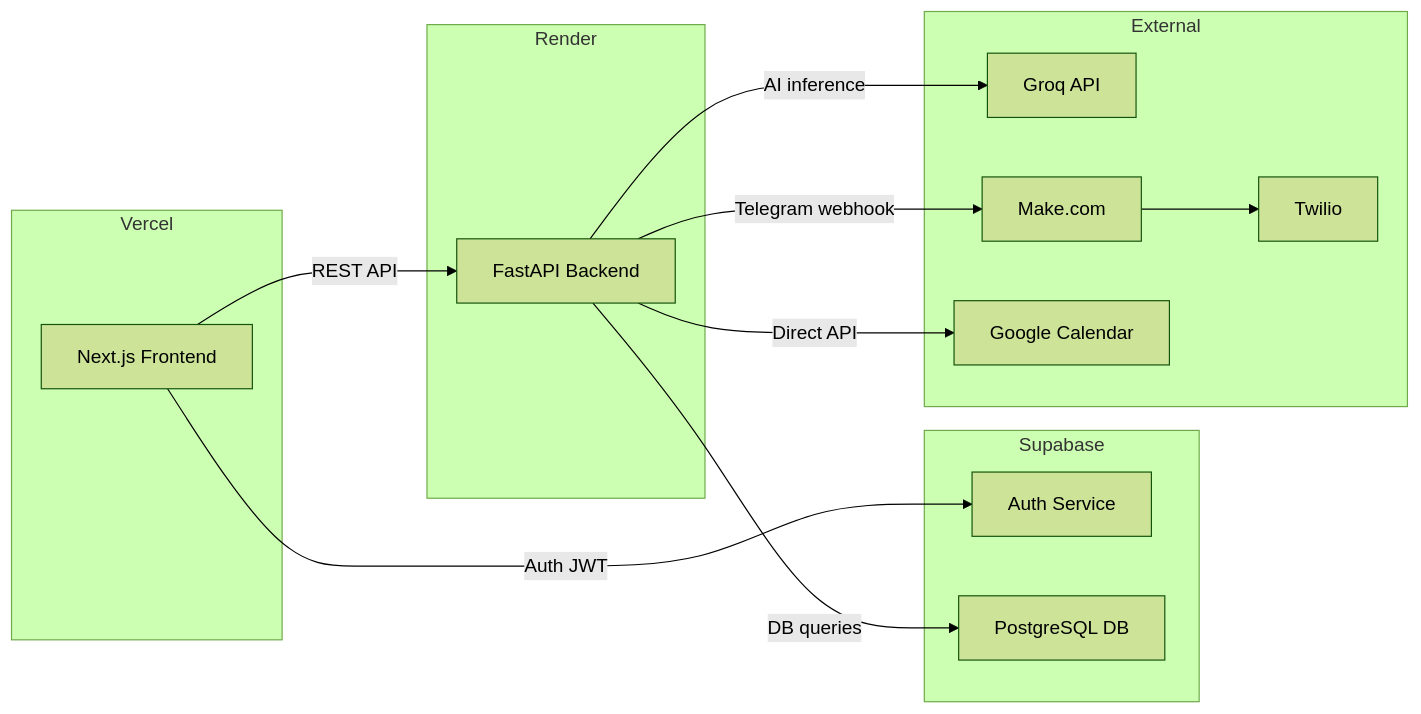
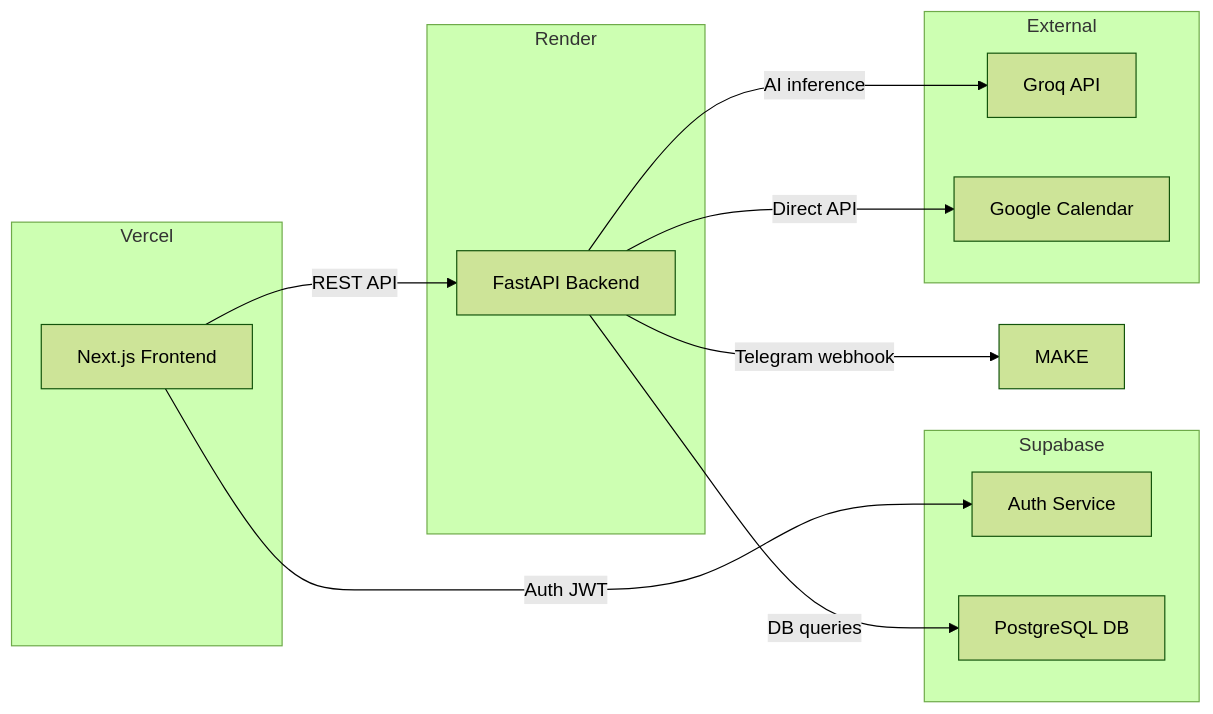
Before and after one commit to AdharshJolly/Academix: the second of 9 diagrams in docs/ARCHITECTURE.md, drawn with Mermaid (forest theme). The commit also changed other lines of this file and 18 other files, not shown here.

Commit message:
feat: update environment configuration, refactor automation callbacks, and enhance attendance API tests; replace Make.com references with Telegram support

````diff
--- a/docs/ARCHITECTURE.md
+++ b/docs/ARCHITECTURE.md
@@ -57,30 +57,30 @@
 ```mermaid
 graph LR
     subgraph Vercel
         FE["Next.js Frontend"]
     end
 
     subgraph Render
         BE["FastAPI Backend"]
     end
 
     subgraph Supabase
         AUTH["Auth Service"]
         PG["PostgreSQL DB"]
     end
 
     subgraph External
         GROQ["Groq API"]
-        MAKE["Make.com"]
-        TWILIO["Twilio"]
+
+
         GCAL["Google Calendar"]
     end
 
     FE -- "REST API" --> BE
     FE -- "Auth JWT" --> AUTH
     BE -- "DB queries" --> PG
     BE -- "AI inference" --> GROQ
     BE -- "Direct API" --> GCAL
     BE -- "Telegram webhook" --> MAKE
-    MAKE --> TWILIO
+
 ```
````
